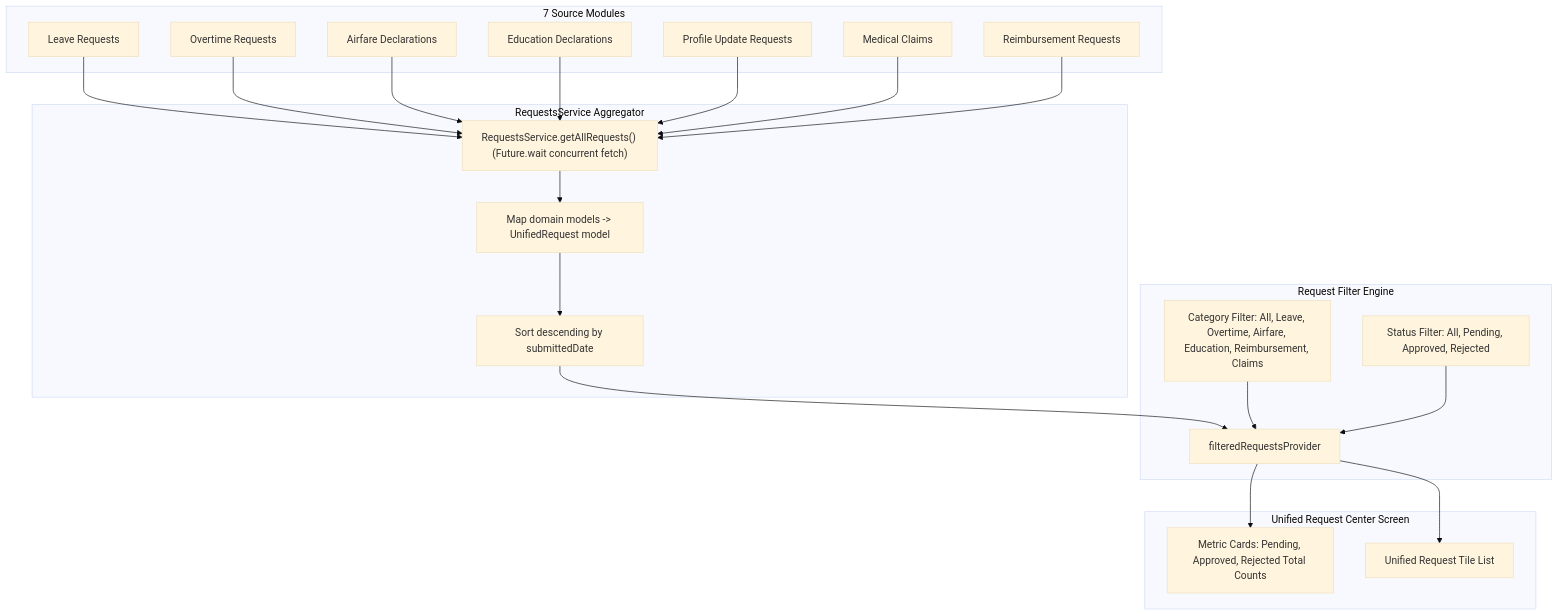
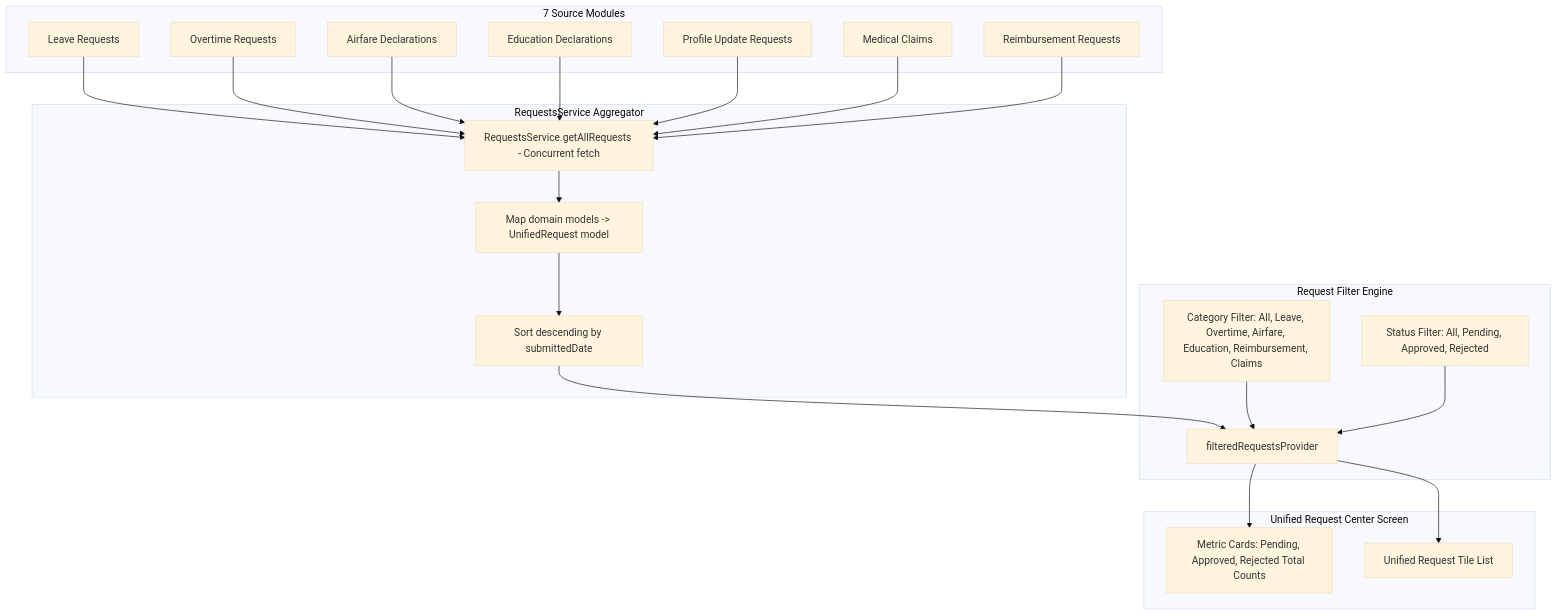
One commit to Aravindan-001/icore-ess changed diagram 13 of 15 in ARCHITECTURE.md. Above: the diagram before and after it, drawn with Mermaid (base theme). The commit also changed other lines of this file, not shown here.

Commit message:
docs: fix Mermaid architecture rendering

````diff
--- a/ARCHITECTURE.md
+++ b/ARCHITECTURE.md
@@ -682,38 +682,38 @@
 ```mermaid
 flowchart TD
     subgraph Domains ["7 Source Modules"]
         M1["Leave Requests"]
         M2["Overtime Requests"]
         M3["Airfare Declarations"]
         M4["Education Declarations"]
         M5["Profile Update Requests"]
         M6["Medical Claims"]
         M7["Reimbursement Requests"]
     end
 
     subgraph Service ["RequestsService Aggregator"]
-        AGG["RequestsService.getAllRequests() (Future.wait concurrent fetch)"]
+        AGG["RequestsService.getAllRequests - Concurrent fetch"]
         SORT["Sort descending by submittedDate"]
         UNIFY["Map domain models -> UnifiedRequest model"]
     end
 
     subgraph Filter_State ["Request Filter Engine"]
         CAT_SEL["Category Filter: All, Leave, Overtime, Airfare, Education, Reimbursement, Claims"]
         STAT_SEL["Status Filter: All, Pending, Approved, Rejected"]
         COMPUTE["filteredRequestsProvider"]
     end
 
     subgraph UI ["Unified Request Center Screen"]
         METRICS["Metric Cards: Pending, Approved, Rejected Total Counts"]
         REQ_LIST["Unified Request Tile List"]
     end
 
     M1 & M2 & M3 & M4 & M5 & M6 & M7 --> AGG
     AGG --> UNIFY
     UNIFY --> SORT
     SORT --> COMPUTE
 
     CAT_SEL & STAT_SEL --> COMPUTE
     COMPUTE --> METRICS
     COMPUTE --> REQ_LIST
 ```
````
